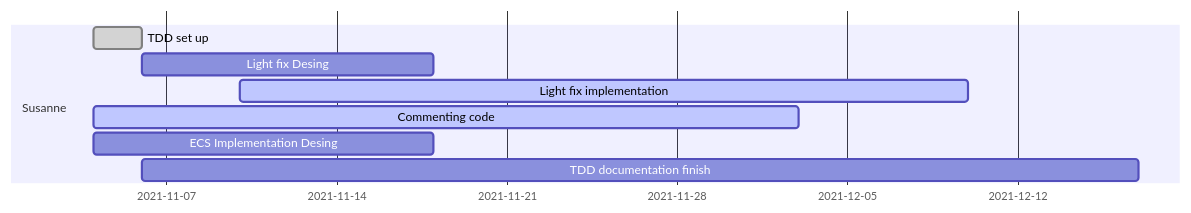
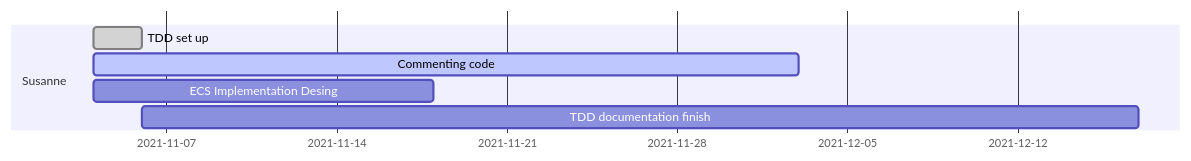
One commit to IlkkaTakala/Eril-Engine changed the fifth of 8 diagrams in docs/ProjectPlan.md. Above: the diagram before and after it, drawn with Mermaid. The commit also changed other lines of this file, not shown here.

Commit message:
Updated responsibilities, timelines

````diff
--- a/docs/ProjectPlan.md
+++ b/docs/ProjectPlan.md
@@ -99,12 +111,10 @@
 ```mermaid
 gantt
 dateFormat  DD-MM
 
 section Susanne
 TDD set up              :done,    sdes1, 04-11, 06-11
-Light fix  Desing       :         sdes2, after sdes1, 18-11
-Light fix implementation:active,  sdes3, 10-11, 10-12
 Commenting code         :active,  sdes4, 04-11, 03-12
 ECS Implementation Desing:        sdes5, 04-11, 18-11
 TDD documentation finish:         sdes6, after sdes1, 17-12
 ```
````
